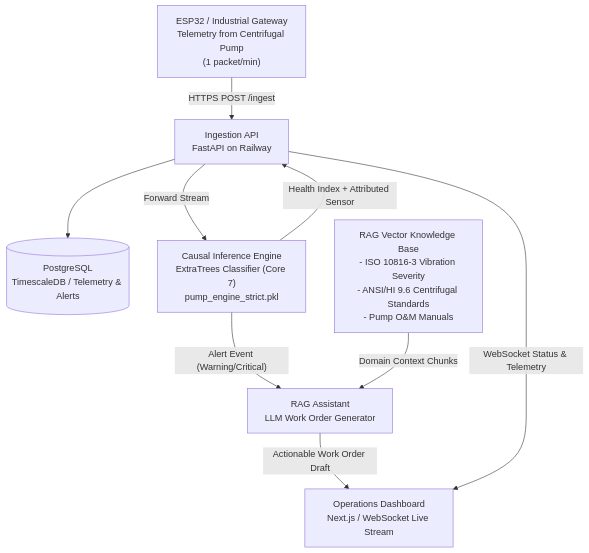
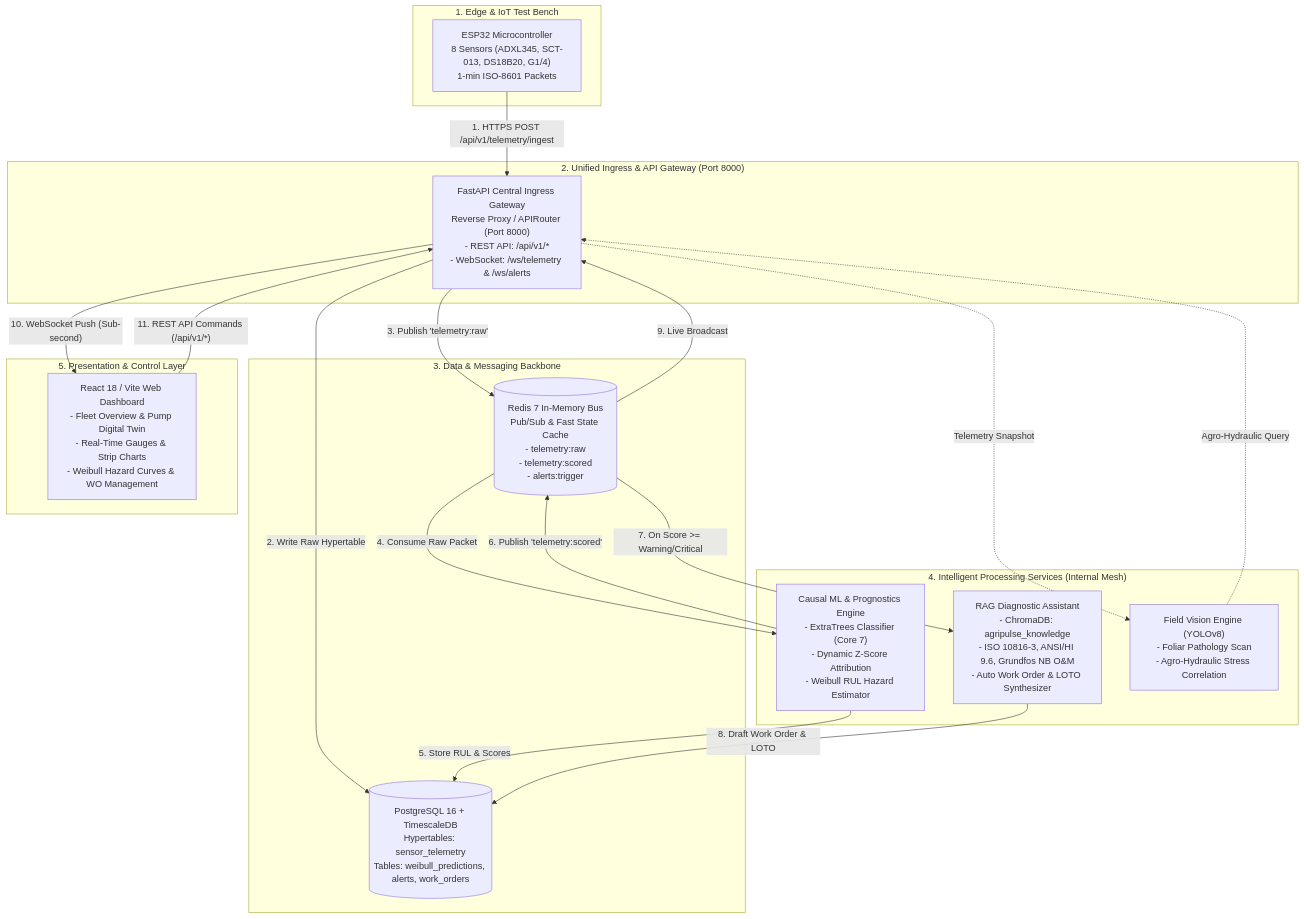
The diagram in docs/tsnem/AI_Technical_Architecture.md (AbdoLailah586/AgriPulse), drawn with Mermaid before and after one commit. The commit also changed other lines of this file and 8 other files, not shown here.

Commit message:
feat(arch): unify system communication with Port 8000 Gateway, Redis Event Bus, and end-to-end integration report

````diff
--- a/docs/tsnem/AI_Technical_Architecture.md
+++ b/docs/tsnem/AI_Technical_Architecture.md
@@ -15,19 +15,44 @@
 ```mermaid
 flowchart TD
-    HW["ESP32 / Industrial Gateway\nTelemetry from Centrifugal Pump\n(1 packet/min)"]
-    API["Ingestion API\nFastAPI on Railway"]
-    DB[("PostgreSQL\nTimescaleDB / Telemetry & Alerts")]
-    ENG["Causal Inference Engine\nExtraTrees Classifier (Core 7)\npump_engine_strict.pkl"]
-    FMEA["RAG Vector Knowledge Base\n- ISO 10816-3 Vibration Severity\n- ANSI/HI 9.6 Centrifugal Standards\n- Pump O&M Manuals"]
-    RAG["RAG Assistant\nLLM Work Order Generator"]
-    DASH["Operations Dashboard\nNext.js / WebSocket Live Stream"]
+    subgraph Edge ["1. Edge & IoT Test Bench"]
+        HW["ESP32 Microcontroller\n8 Sensors (ADXL345, SCT-013, DS18B20, G1/4)\n1-min ISO-8601 Packets"]
+    end
 
-    HW -->|"HTTPS POST /ingest"| API
-    API --> DB
-    API -->|"Forward Stream"| ENG
-    ENG -->|"Health Index + Attributed Sensor"| API
-    ENG -->|"Alert Event (Warning/Critical)"| RAG
-    FMEA -->|"Domain Context Chunks"| RAG
-    RAG -->|"Actionable Work Order Draft"| DASH
-    API -->|"WebSocket Status & Telemetry"| DASH
+    subgraph Gateway ["2. Unified Ingress & API Gateway (Port 8000)"]
+        GW["FastAPI Central Ingress Gateway\nReverse Proxy / APIRouter (Port 8000)\n- REST API: /api/v1/*\n- WebSocket: /ws/telemetry & /ws/alerts"]
+    end
+
+    subgraph DataPlane ["3. Data & Messaging Backbone"]
+        REDIS[("Redis 7 In-Memory Bus\nPub/Sub & Fast State Cache\n- telemetry:raw\n- telemetry:scored\n- alerts:trigger")]
+        TSDB[("PostgreSQL 16 + TimescaleDB\nHypertables: sensor_telemetry\nTables: weibull_predictions, alerts, work_orders")]
+    end
+
+    subgraph AIServices ["4. Intelligent Processing Services (Internal Mesh)"]
+        ML["Causal ML & Prognostics Engine\n- ExtraTrees Classifier (Core 7)\n- Dynamic Z-Score Attribution\n- Weibull RUL Hazard Estimator"]
+        RAG["RAG Diagnostic Assistant\n- ChromaDB: agripulse_knowledge\n- ISO 10816-3, ANSI/HI 9.6, Grundfos NB O&M\n- Auto Work Order & LOTO Synthesizer"]
+        YOLO["Field Vision Engine (YOLOv8)\n- Foliar Pathology Scan\n- Agro-Hydraulic Stress Correlation"]
+    end
+
+    subgraph Client ["5. Presentation & Control Layer"]
+        UI["React 18 / Vite Web Dashboard\n- Fleet Overview & Pump Digital Twin\n- Real-Time Gauges & Strip Charts\n- Weibull Hazard Curves & WO Management"]
+    end
+
+    %% Communication Flows
+    HW -->|"1. HTTPS POST /api/v1/telemetry/ingest"| GW
+    GW -->|"2. Write Raw Hypertable"| TSDB
+    GW -->|"3. Publish 'telemetry:raw'"| REDIS
+
+    REDIS -->|"4. Consume Raw Packet"| ML
+    ML -->|"5. Store RUL & Scores"| TSDB
+    ML -->|"6. Publish 'telemetry:scored'"| REDIS
+
+    REDIS -->|"7. On Score >= Warning/Critical"| RAG
+    RAG -->|"8. Draft Work Order & LOTO"| TSDB
+
+    YOLO -.->|"Agro-Hydraulic Query"| GW
+    GW -.->|"Telemetry Snapshot"| YOLO
+
+    REDIS -->|"9. Live Broadcast"| GW
+    GW -->|"10. WebSocket Push (Sub-second)"| UI
+    UI -->|"11. REST API Commands (/api/v1/*)"| GW
 ```
````
